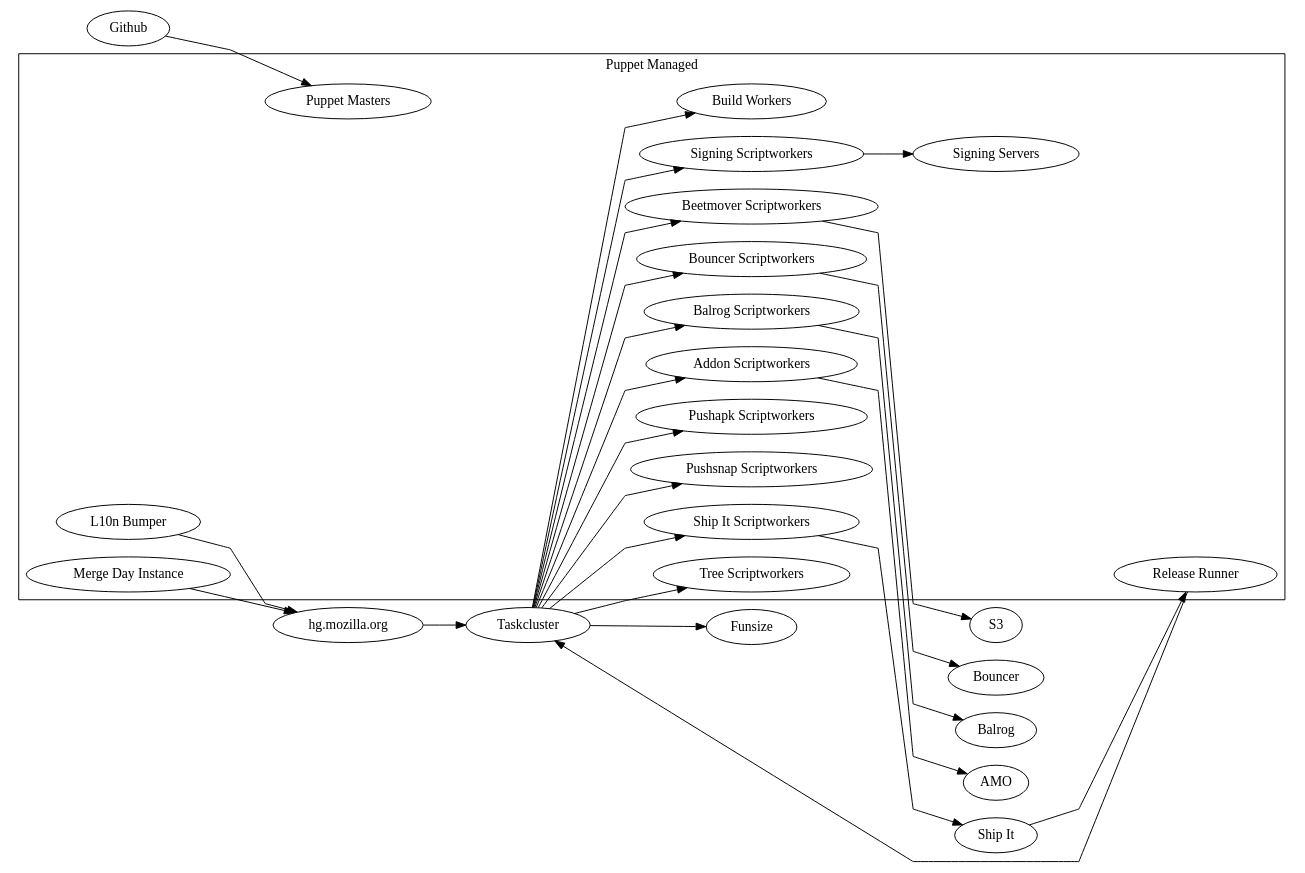
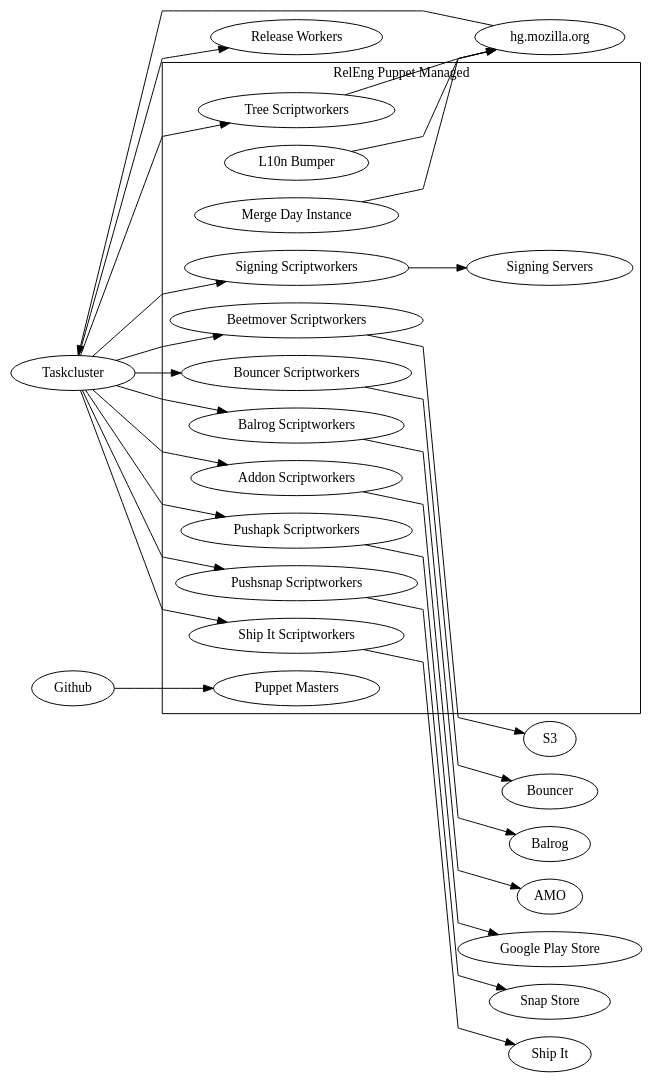
The diagram in release-infra.dot (hwine/release-diagrams), drawn with Graphviz before and after one commit. The commit also changed 1 other file, not shown here.

```diff
--- a/release-infra.dot
+++ b/release-infra.dot
@@ -1,62 +1,62 @@
 digraph "Release Infrastructure" {
     rankdir="LR"
     splines="polyline"
     newrank=true
     concentrate=true
 
     tc [label="Taskcluster"]
     hg [label="hg.mozilla.org"]
     shipit [label="Ship It"]
-    fs [label="Funsize"]
     gh [label="Github"]
+    bw [label="Release Workers"]
     subgraph cluster_puppet {
-        label = "Puppet Managed"
-        bw [label="Build Workers"]
+        label = "RelEng Puppet Managed"
         bms [label="Beetmover Scriptworkers"]
         bouncesw [label="Bouncer Scriptworkers"]
         bs [label="Balrog Scriptworkers"]
         sw [label="Signing Scriptworkers"]
         ss [label="Signing Servers"]
         as [label="Addon Scriptworkers"]
         l10n [label="L10n Bumper"]
-        rr [label="Release Runner"]
         pas [label="Pushapk Scriptworkers"]
         pss [label="Pushsnap Scriptworkers"]
         sis [label="Ship It Scriptworkers"]
         ts [label="Tree Scriptworkers"]
         md [label="Merge Day Instance"]
         pm [label="Puppet Masters"]
     }
     AMO
     Balrog
     Bouncer
     S3
+    gp [label="Google Play Store"]
+    snap [label="Snap Store"]
 
 
     "gh" -> "pm"
 
     "hg" -> "tc"
-    "rr" -> "tc"
 
     "tc" -> "bw"
-    "tc" -> "fs"
     "tc" -> "sw"
     "tc" -> "as"
     "tc" -> "bs"
     "tc" -> "bms"
     "tc" -> "bouncesw"
     "tc" -> "pas"
     "tc" -> "pss"
     "tc" -> "sis"
     "tc" -> "ts"
 
     "bouncesw" -> "Bouncer"
     "bs" -> "Balrog"
     "as" -> "AMO"
     "sis" -> "shipit"
     "md" -> "hg"
     "l10n" -> "hg"
     "sw" -> "ss"
-    "shipit" -> "rr"
     "bms" -> "S3"
+    "ts" -> "hg"
+    "pas" -> "gp"
+    "pss" -> "snap"
 }
```
